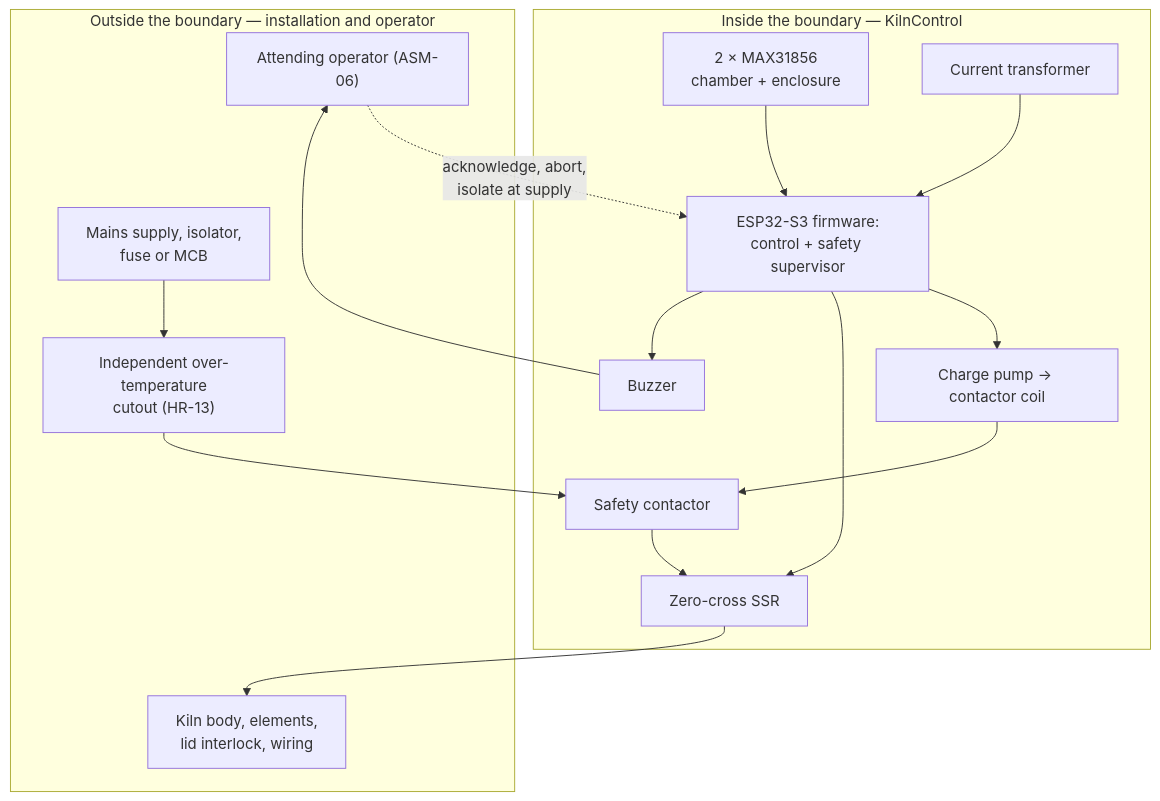
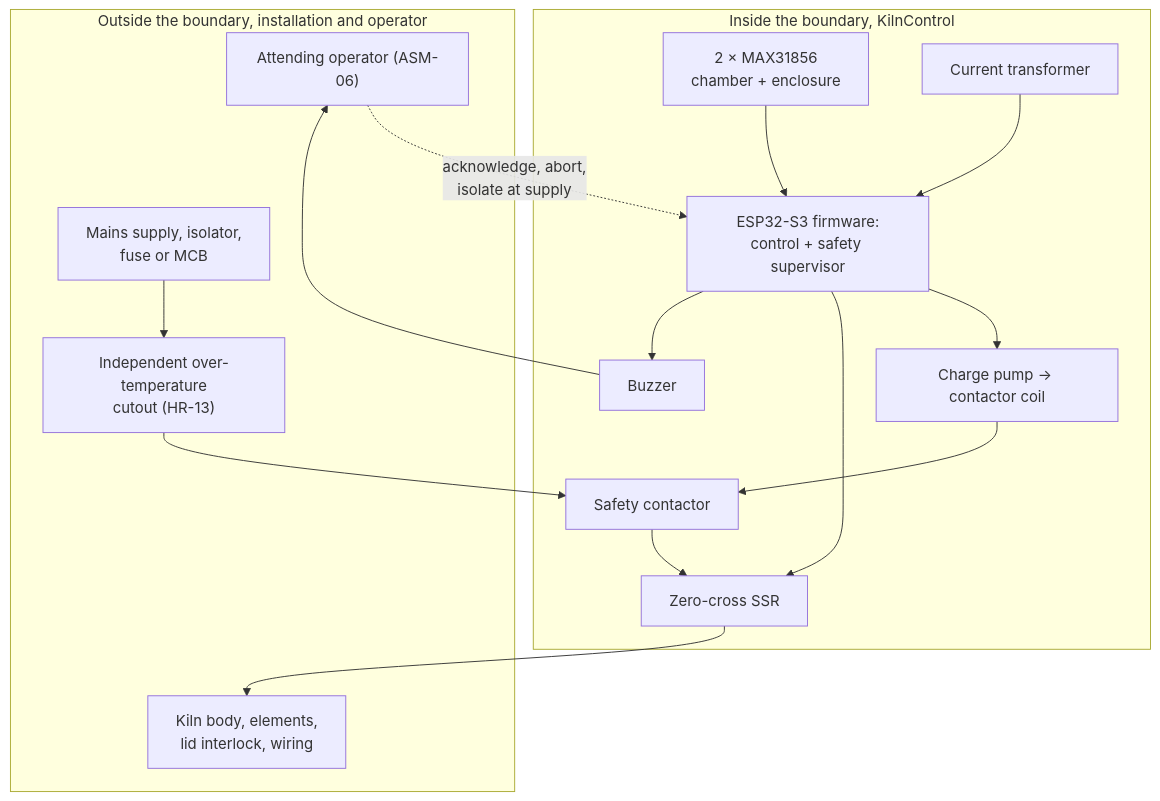
Before and after one commit to bitcrushtesting/SafeKilnController: the first of 2 diagrams in docs/safety.md, drawn with Mermaid. The commit also changed other lines of this file and 32 other files, not shown here.

````diff
--- a/docs/safety.md
+++ b/docs/safety.md
@@ -64,25 +64,25 @@
 ```mermaid
 flowchart TB
-    subgraph OUT["Outside the boundary — installation and operator"]
+    subgraph OUT["Outside the boundary, installation and operator"]
         SUP["Mains supply, isolator,<br/>fuse or MCB"]
         CUT["Independent over-temperature<br/>cutout (HR-13)"]
         OP["Attending operator (ASM-06)"]
         KILN["Kiln body, elements,<br/>lid interlock, wiring"]
     end
-    subgraph IN["Inside the boundary — KilnControl"]
+    subgraph IN["Inside the boundary, KilnControl"]
         MCU["ESP32-S3 firmware:<br/>control + safety supervisor"]
         CP["Charge pump → contactor coil"]
         CON["Safety contactor"]
         SSR["Zero-cross SSR"]
         TC["2 × MAX31856<br/>chamber + enclosure"]
         CT["Current transformer"]
         BUZ["Buzzer"]
     end
     SUP --> CUT --> CON --> SSR --> KILN
     MCU --> CP --> CON
     MCU --> SSR
     TC --> MCU
     CT --> MCU
     MCU --> BUZ --> OP
     OP -.->|"acknowledge, abort,<br/>isolate at supply"| MCU
 ```
````
